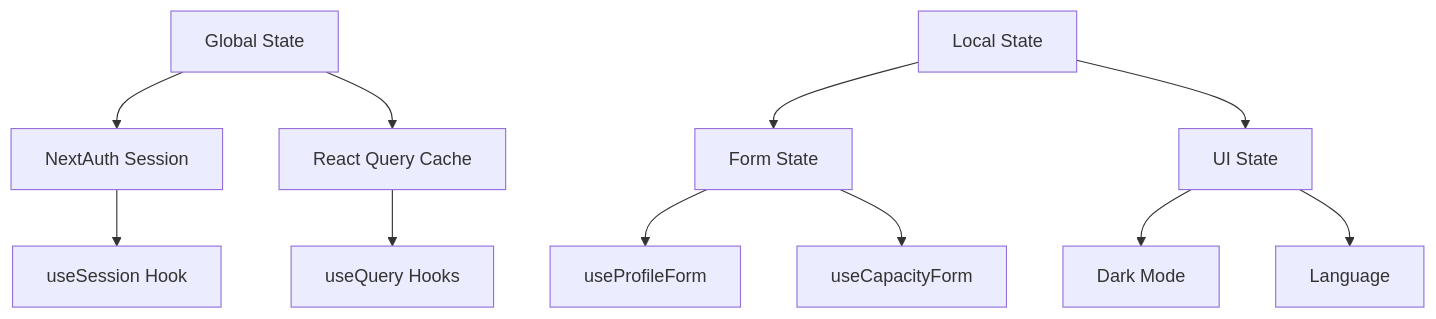
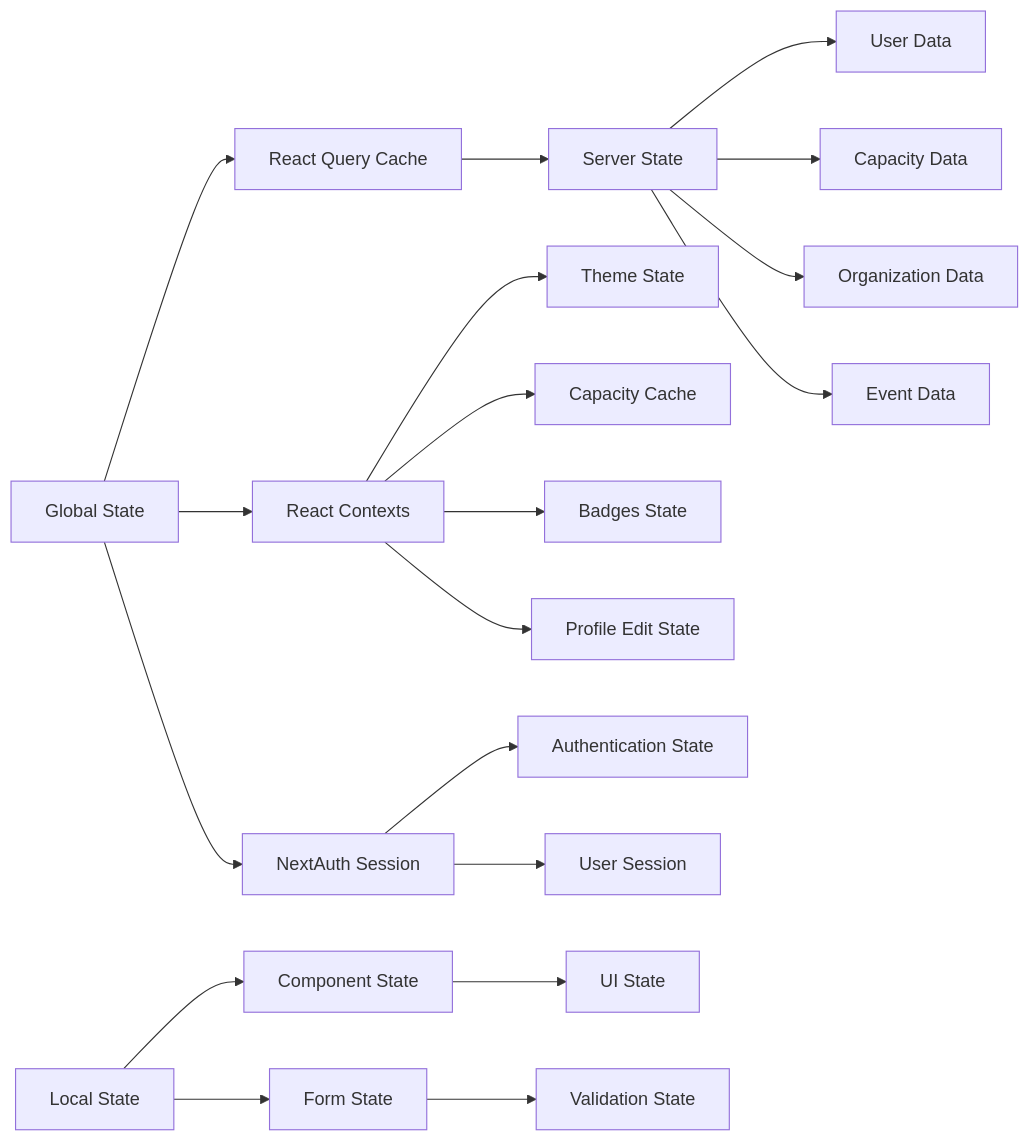
The third of 5 diagrams in README.md (wikimediabrasil/capx-frontend), drawn with Mermaid before and after one commit. The commit also changed other lines of this file, not shown here.

````diff
--- a/README.md
+++ b/README.md
@@ -131,17 +296,25 @@
 ```mermaid
-graph TD
-    A[Global State] --> B[NextAuth Session]
-    A --> C[React Query Cache]
+graph LR
+    A[Global State] --> B[React Query Cache]
+    A --> C[React Contexts]
+    A --> D[NextAuth Session]
 
-    B --> D[useSession Hook]
-    C --> E[useQuery Hooks]
+    B --> E[Server State]
+    E --> F[User Data]
+    E --> G[Capacity Data]
+    E --> H[Organization Data]
+    E --> I[Event Data]
 
-    F[Local State] --> G[Form State]
-    F --> H[UI State]
+    C --> J[Theme State]
+    C --> K[Capacity Cache]
+    C --> L[Badges State]
+    C --> M[Profile Edit State]
 
-    G --> I[useProfileForm]
-    G --> J[useCapacityForm]
+    D --> N[Authentication State]
+    D --> O[User Session]
 
-    H --> K[Dark Mode]
-    H --> L[Language]
+    P[Local State] --> Q[Component State]
+    P --> R[Form State]
+    Q --> S[UI State]
+    R --> T[Validation State]
 ```
````
